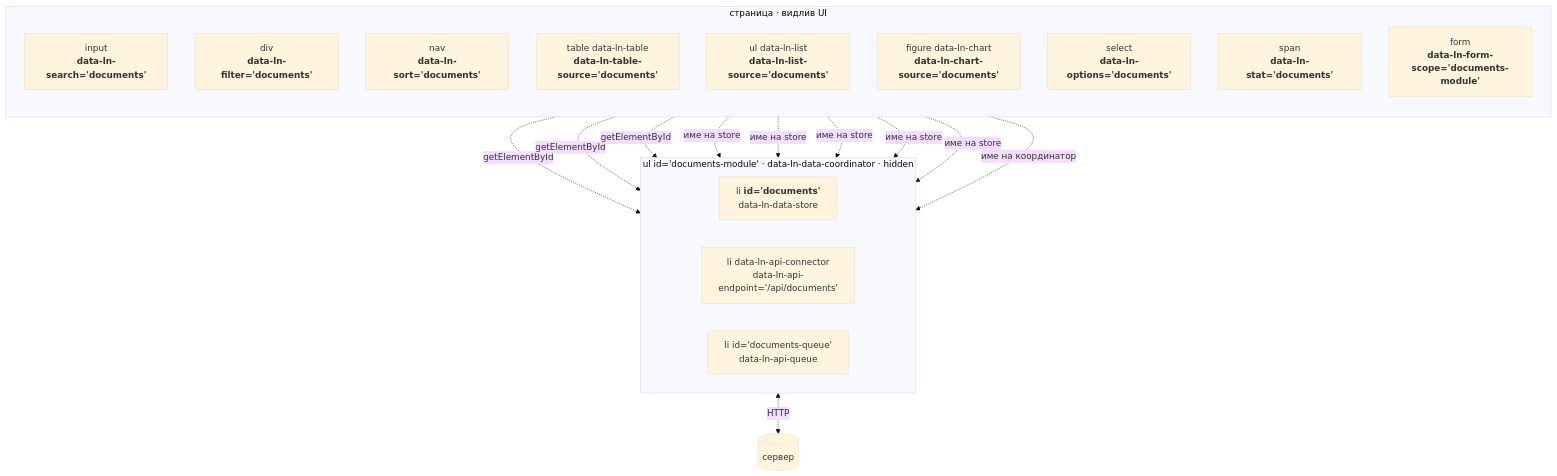
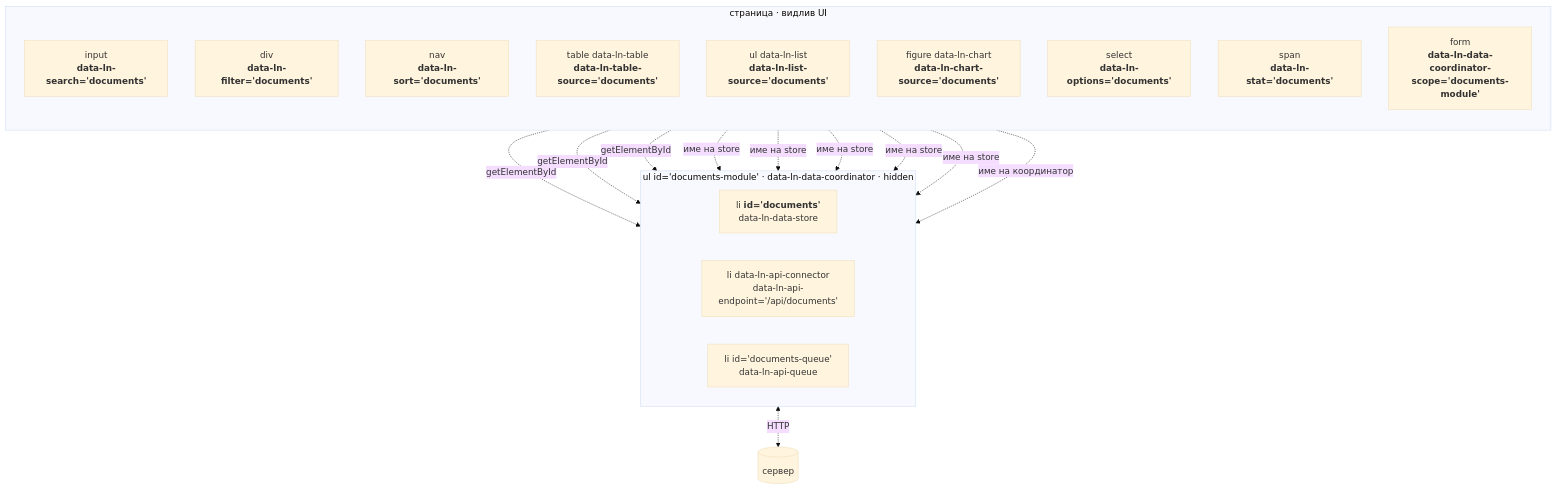
Before and after one commit to livenetworks/ln-ashlar: the diagram in docs/architecture/data-layer-wiring.md, drawn with Mermaid (base theme). The commit also changed other lines of this file and 158 other files, not shown here.

````diff
--- a/docs/architecture/data-layer-wiring.md
+++ b/docs/architecture/data-layer-wiring.md
@@ -7,34 +7,34 @@
 ```mermaid
 flowchart TB
 	subgraph page["страница · видлив UI"]
 		direction TB
 		SEARCH["input<br/><b>data-ln-search='documents'</b>"]
 		FILTER["div<br/><b>data-ln-filter='documents'</b>"]
 		SORT["nav<br/><b>data-ln-sort='documents'</b>"]
 		TABLE["table data-ln-table<br/><b>data-ln-table-source='documents'</b>"]
 		LIST["ul data-ln-list<br/><b>data-ln-list-source='documents'</b>"]
 		CHART["figure data-ln-chart<br/><b>data-ln-chart-source='documents'</b>"]
 		SELECT["select<br/><b>data-ln-options='documents'</b>"]
 		STAT["span<br/><b>data-ln-stat='documents'</b>"]
-		FORM["form<br/><b>data-ln-form-scope='documents-module'</b>"]
+		FORM["form<br/><b>data-ln-data-coordinator-scope='documents-module'</b>"]
 	end
 
 	subgraph module["ul id='documents-module' · data-ln-data-coordinator · hidden"]
 		direction LR
 		STORE["li <b>id='documents'</b><br/>data-ln-data-store"]
 		CONN["li data-ln-api-connector<br/>data-ln-api-endpoint='/api/documents'"]
 		QUEUE["li id='documents-queue'<br/>data-ln-api-queue"]
 	end
 
 	SEARCH -. "getElementById" .-> STORE
 	FILTER -. "getElementById" .-> STORE
 	SORT   -. "getElementById" .-> STORE
 	TABLE  -. "име на store" .-> STORE
 	LIST   -. "име на store" .-> STORE
 	CHART  -. "име на store" .-> STORE
 	SELECT -. "име на store" .-> STORE
 	STAT   -. "име на store" .-> STORE
 	FORM   -. "име на координатор" .-> module
 
 	CONN <-. "HTTP" .-> SRV[("сервер")]
 ```
````
